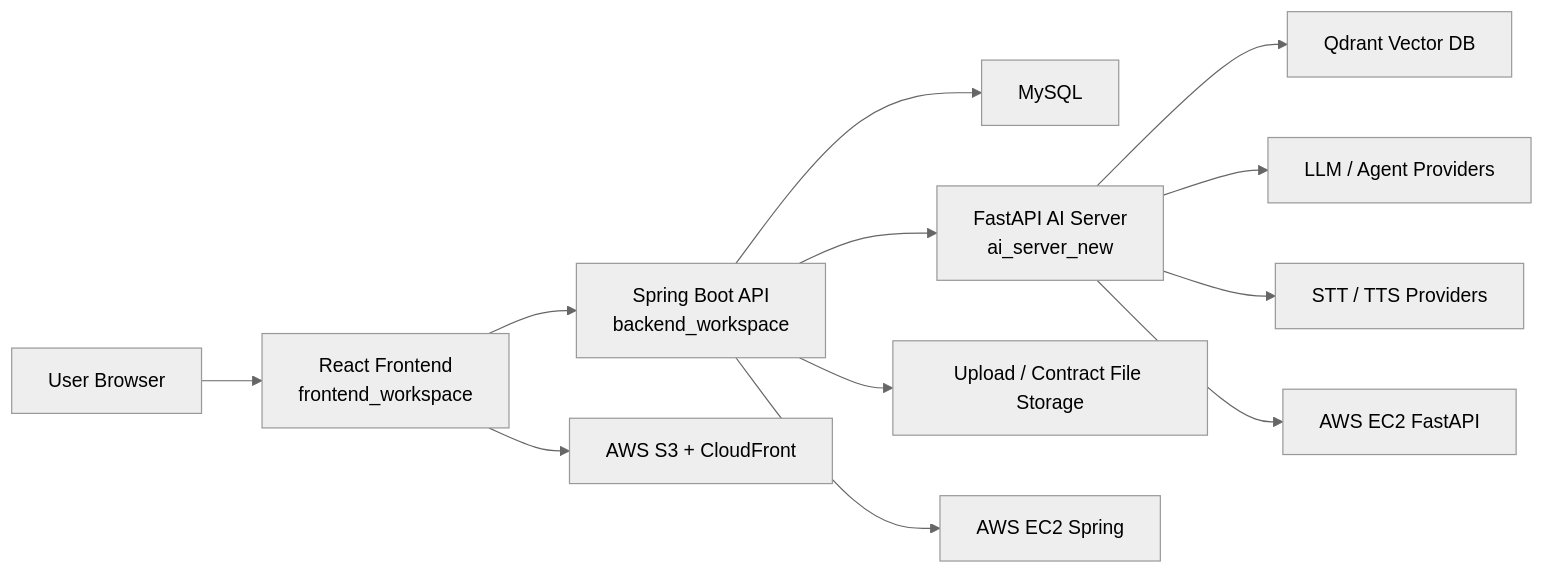
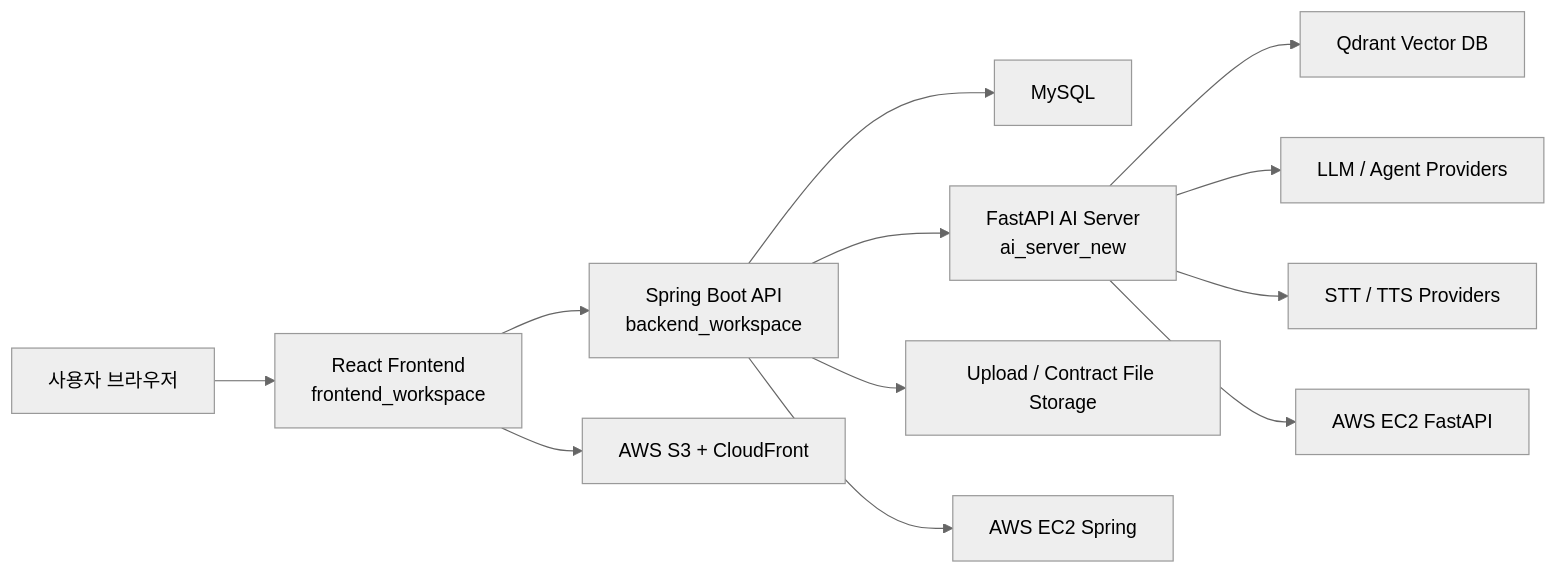
Before and after one commit to woomin0225/woorizip_project: the diagram in README.md, drawn with Mermaid (neutral theme). The commit also changed other lines of this file, not shown here.

````diff
--- a/README.md
+++ b/README.md
@@ -7,14 +7,14 @@
 ```mermaid
 flowchart LR
-    User["User Browser"] --> Frontend["React Frontend\nfrontend_workspace"]
+    User["사용자 브라우저"] --> Frontend["React Frontend\nfrontend_workspace"]
     Frontend --> Backend["Spring Boot API\nbackend_workspace"]
     Backend --> MySQL["MySQL"]
     Backend --> FastAPI["FastAPI AI Server\nai_server_new"]
     FastAPI --> Qdrant["Qdrant Vector DB"]
     FastAPI --> LLM["LLM / Agent Providers"]
     FastAPI --> STT["STT / TTS Providers"]
     Backend --> Storage["Upload / Contract File Storage"]
     Frontend --> S3["AWS S3 + CloudFront"]
     Backend --> EC2Spring["AWS EC2 Spring"]
     FastAPI --> EC2FastAPI["AWS EC2 FastAPI"]
 ```
````
